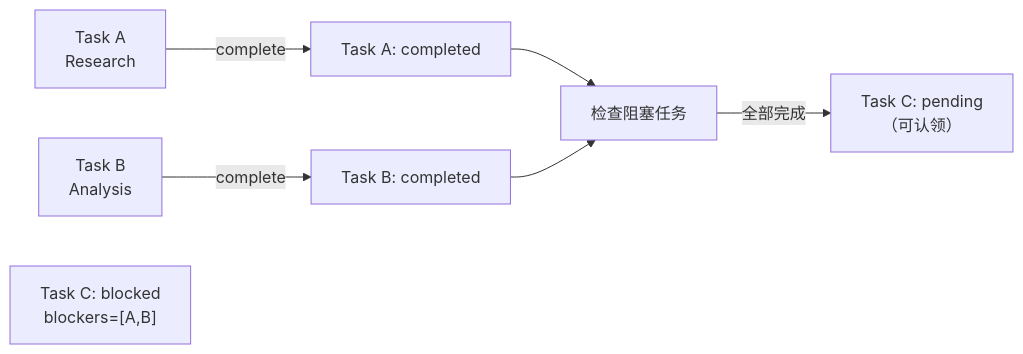
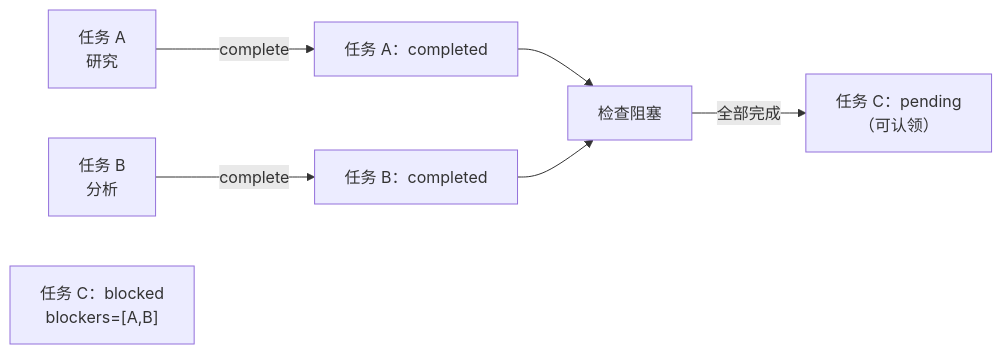
One commit to q1t-architect/goclaw-docs changed the second of 2 diagrams in zh/agent-teams/task-board.md. Above: the diagram before and after it, drawn with Mermaid. The commit also changed other lines of this file and 367 other files, not shown here.

````diff
--- a/zh/agent-teams/task-board.md
+++ b/zh/agent-teams/task-board.md
@@ -138,11 +158,11 @@
 ```mermaid
 flowchart LR
-    A["Task A<br/>Research"] -->|complete| A_DONE["Task A: completed"]
-    B["Task B<br/>Analysis"] -->|complete| B_DONE["Task B: completed"]
+    A["任务 A<br/>研究"] -->|complete| A_DONE["任务 A：completed"]
+    B["任务 B<br/>分析"] -->|complete| B_DONE["任务 B：completed"]
 
-    C["Task C: blocked<br/>blockers=[A,B]"]
+    C["任务 C：blocked<br/>blockers=[A,B]"]
 
-    A_DONE --> UNBLOCK["检查阻塞任务"]
+    A_DONE --> UNBLOCK["检查阻塞"]
     B_DONE --> UNBLOCK
-    UNBLOCK -->|全部完成| C_READY["Task C: pending<br/>（可认领）"]
+    UNBLOCK -->|全部完成| C_READY["任务 C：pending<br/>（可认领）"]
 ```
````
